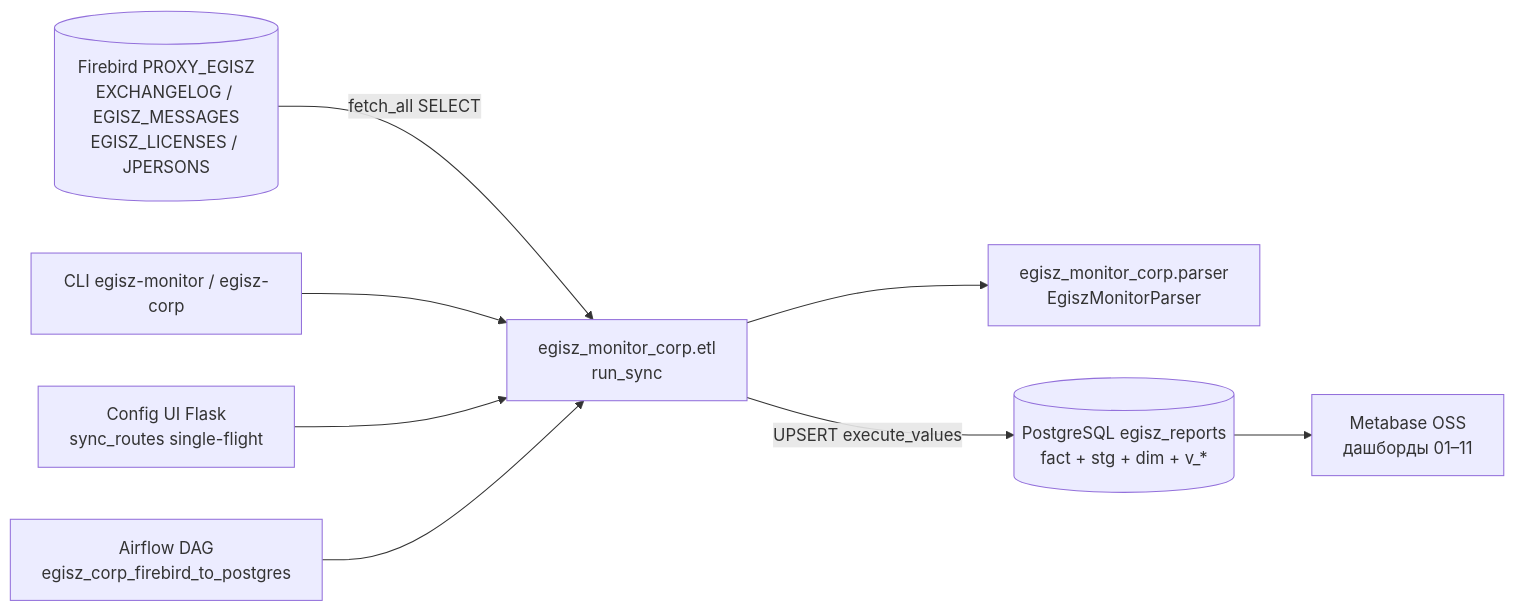
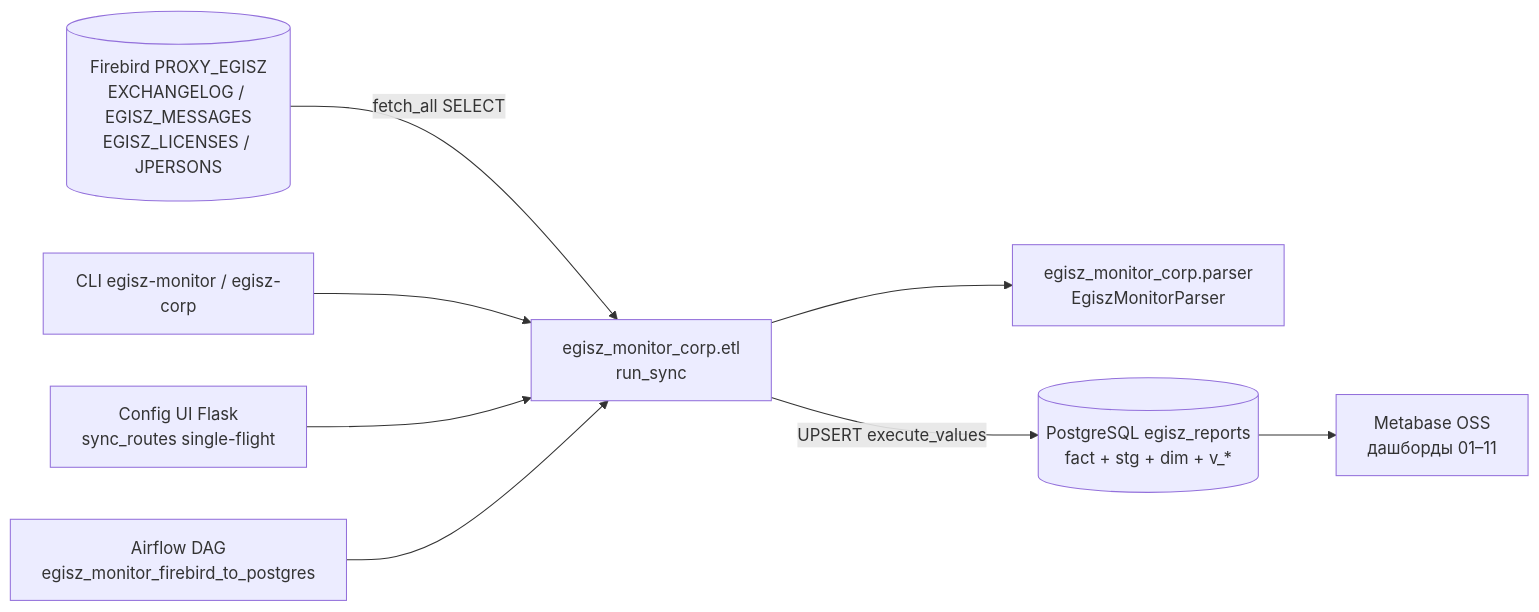
The first of 3 diagrams in docs/INTEGRATION_AUDIT.md (asaf1n/egisz-monitor-corp), drawn with Mermaid before and after one commit. The commit also changed other lines of this file and 49 other files, not shown here.

````diff
--- a/docs/INTEGRATION_AUDIT.md
+++ b/docs/INTEGRATION_AUDIT.md
@@ -13,19 +13,19 @@
 ```mermaid
 flowchart LR
   FB[("Firebird PROXY_EGISZ\nEXCHANGELOG / EGISZ_MESSAGES\nEGISZ_LICENSES / JPERSONS")]
   Parser["egisz_monitor_corp.parser\nEgiszMonitorParser"]
   ETL["egisz_monitor_corp.etl\nrun_sync"]
   PG[("PostgreSQL egisz_reports\nfact + stg + dim + v_*")]
   CLI["CLI egisz-monitor / egisz-corp"]
   ConfUI["Config UI Flask\nsync_routes single-flight"]
-  Air["Airflow DAG\negisz_corp_firebird_to_postgres"]
+  Air["Airflow DAG\negisz_monitor_firebird_to_postgres"]
   MB["Metabase OSS\nдашборды 01–11"]
 
   FB -->|fetch_all SELECT| ETL
   ETL --> Parser
   ETL -->|UPSERT execute_values| PG
   CLI --> ETL
   ConfUI --> ETL
   Air --> ETL
   PG --> MB
 ```
````
